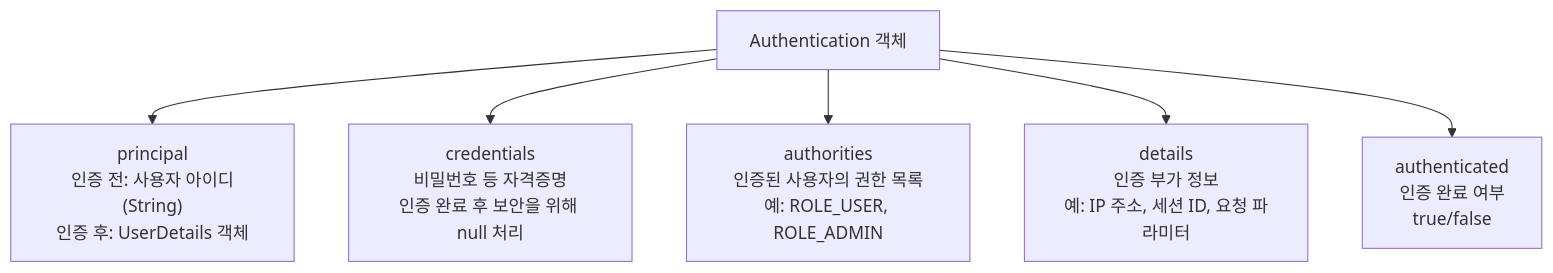
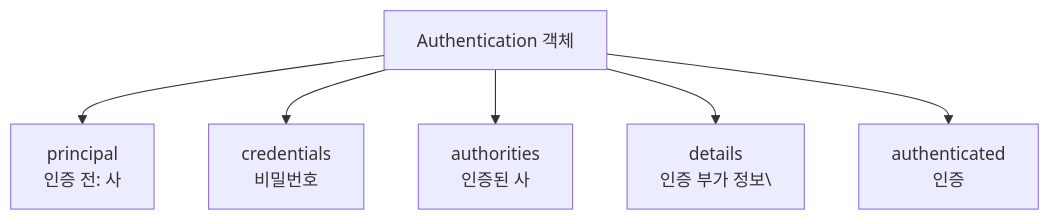
One commit to yjkim2015/yjkim2015.github.io changed the first of 2 diagrams in _posts/security/2021-05-22-Authentication.md. Above: the diagram before and after it, drawn with Mermaid. The commit also changed 271 other files, not shown here.

First line of the commit message:
Mermaid 라벨 축소: 긴 노드 텍스트 18자 이하로 트림 + \n 제거

````diff
--- a/_posts/security/2021-05-22-Authentication.md
+++ b/_posts/security/2021-05-22-Authentication.md
@@ -45,8 +45,8 @@
 ```mermaid
 flowchart TD
-    A["Authentication 객체"] --> B["principal\n인증 전: 사용자 아이디(String)\n인증 후: UserDetails 객체"]
-    A --> C["credentials\n비밀번호 등 자격증명\n인증 완료 후 보안을 위해 null 처리"]
-    A --> D["authorities\n인증된 사용자의 권한 목록\n예: ROLE_USER, ROLE_ADMIN"]
-    A --> E["details\n인증 부가 정보\n예: IP 주소, 세션 ID, 요청 파라미터"]
-    A --> F["authenticated\n인증 완료 여부\ntrue/false"]
+    A["Authentication 객체"] --> B["principal\n인증 전: 사"]
+    A --> C["credentials\n비밀번호"]
+    A --> D["authorities\n인증된 사"]
+    A --> E["details\n인증 부가 정보\"]
+    A --> F["authenticated\n인증"]
 ```
````
